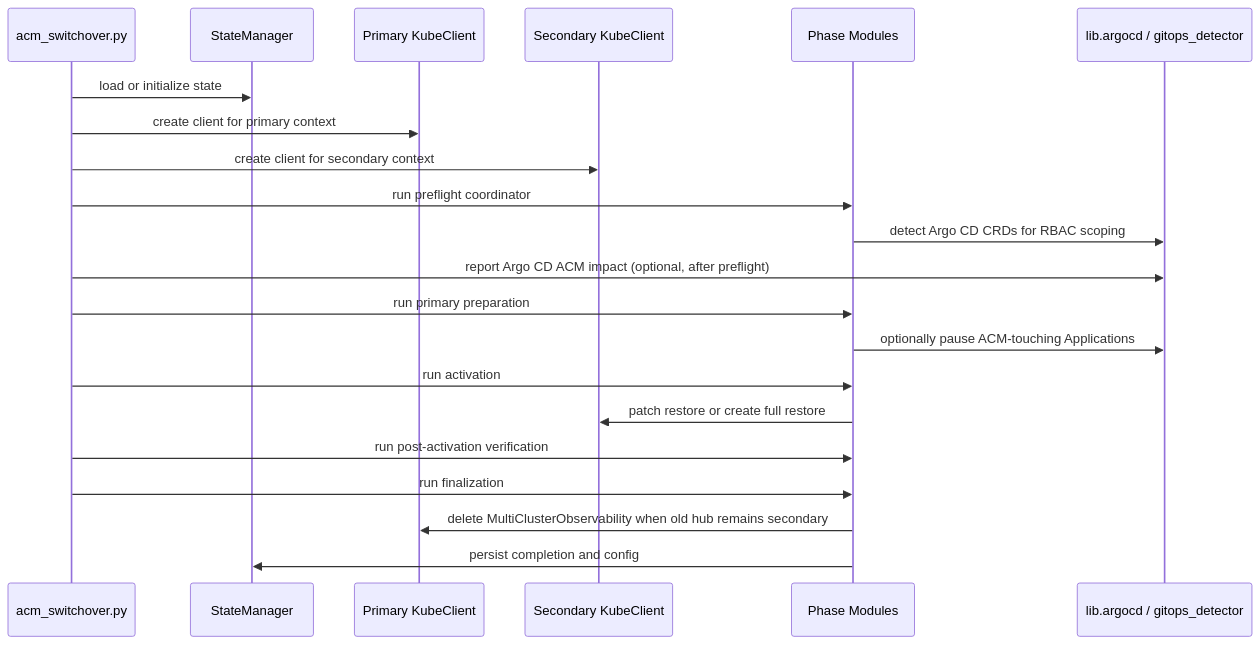
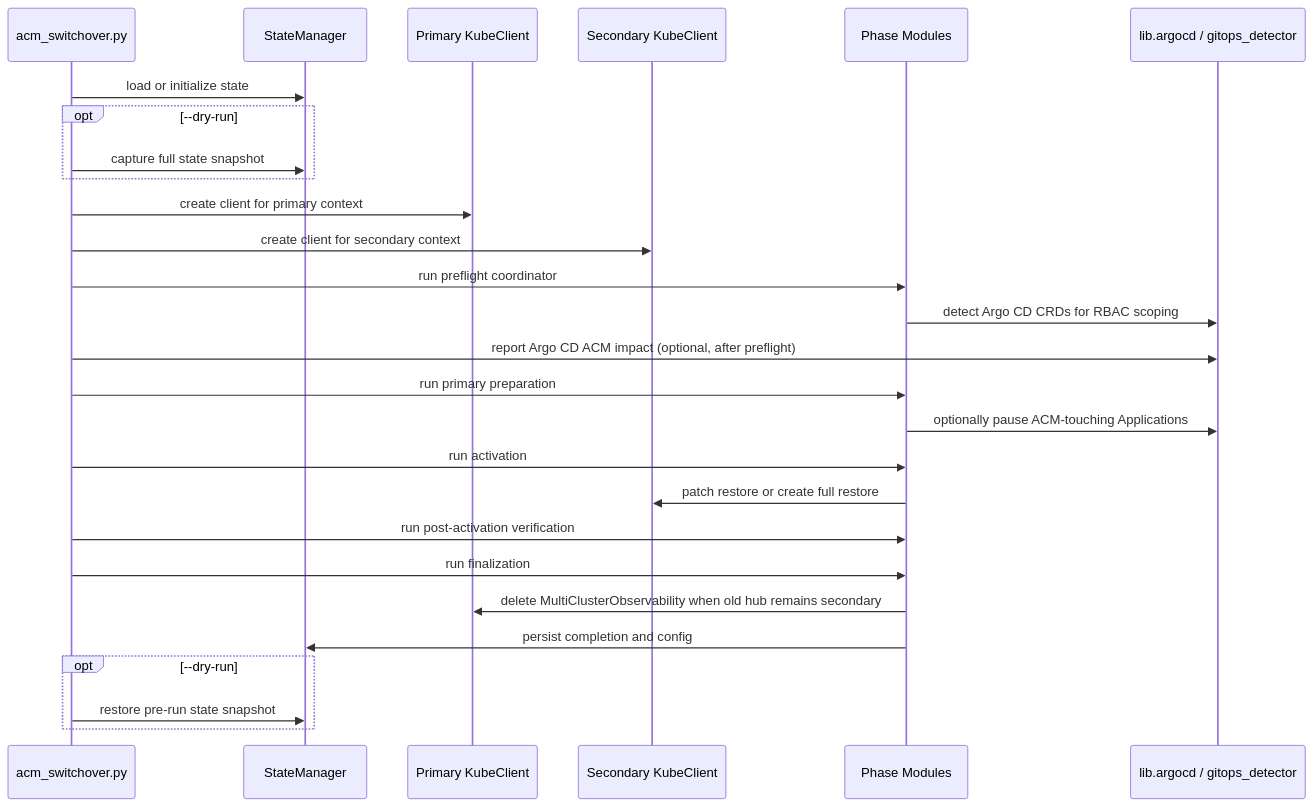
Before and after one commit to tomazb/rh-acm-switchover: the second of 2 diagrams in docs/development/architecture.md, drawn with Mermaid. The commit also changed other lines of this file and 19 other files, not shown here.

Commit message:
Fix dry-run state rollback

````diff
--- a/docs/development/architecture.md
+++ b/docs/development/architecture.md
@@ -287,24 +291,30 @@
 ```mermaid
 sequenceDiagram
     participant CLI as acm_switchover.py
     participant State as StateManager
     participant P as Primary KubeClient
     participant S as Secondary KubeClient
     participant Mods as Phase Modules
     participant Argo as lib.argocd / gitops_detector
 
     CLI->>State: load or initialize state
+    opt --dry-run
+        CLI->>State: capture full state snapshot
+    end
     CLI->>P: create client for primary context
     CLI->>S: create client for secondary context
     CLI->>Mods: run preflight coordinator
     Mods->>Argo: detect Argo CD CRDs for RBAC scoping
     CLI->>Argo: report Argo CD ACM impact (optional, after preflight)
     CLI->>Mods: run primary preparation
     Mods->>Argo: optionally pause ACM-touching Applications
     CLI->>Mods: run activation
     Mods->>S: patch restore or create full restore
     CLI->>Mods: run post-activation verification
     CLI->>Mods: run finalization
     Mods->>P: delete MultiClusterObservability when old hub remains secondary
     Mods->>State: persist completion and config
+    opt --dry-run
+        CLI->>State: restore pre-run state snapshot
+    end
 ```
````
